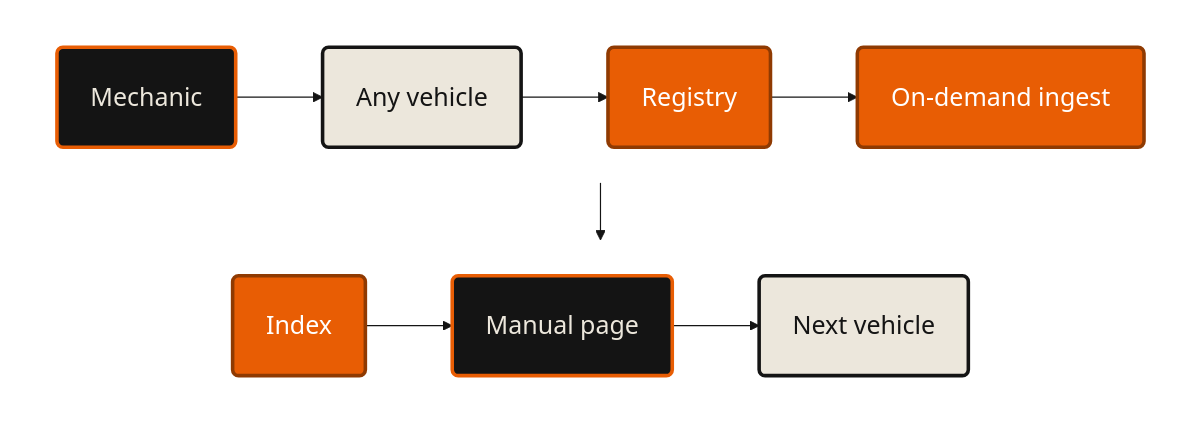
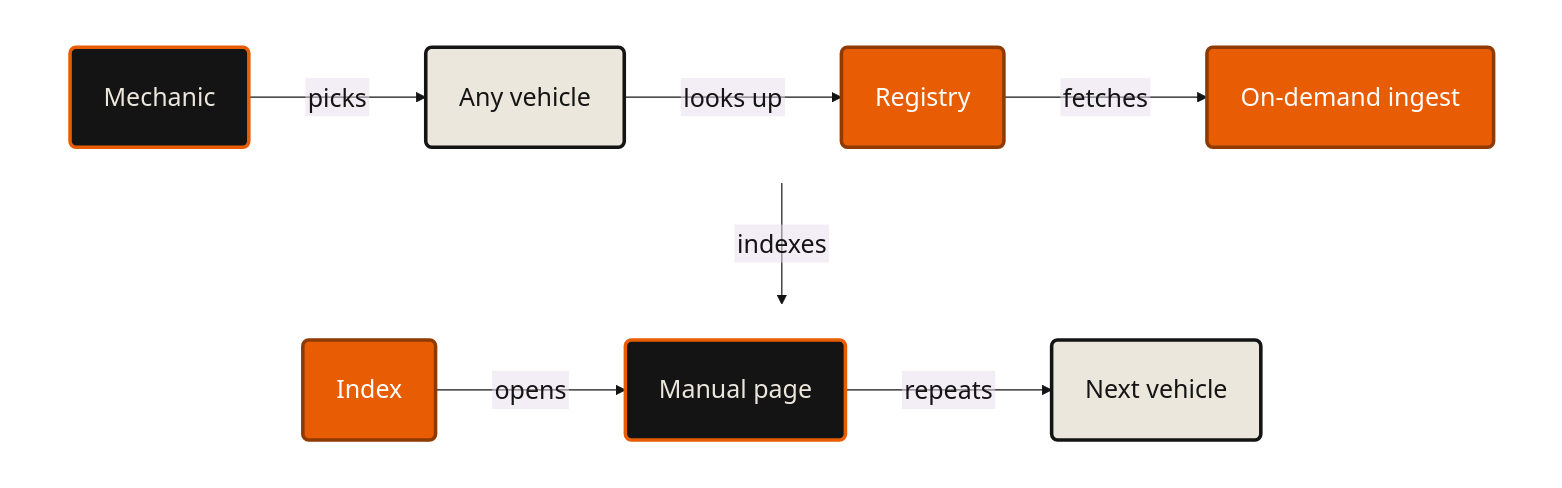
Before and after one commit to lxorb/mechanica: the diagram in docs/pitches/long-lake.md, drawn with Mermaid. The commit also changed other lines of this file and 140 other files, not shown here.

````diff
--- a/docs/pitches/long-lake.md
+++ b/docs/pitches/long-lake.md
@@ -167,20 +167,20 @@
 ```mermaid
-%%{init: {"theme":"base","htmlLabels":false,"themeVariables":{"fontSize":"21px","fontFamily":"Barlow","lineColor":"#141414","primaryColor":"#ece7dc","primaryTextColor":"#141414","primaryBorderColor":"#141414","background":"#ffffff"},"flowchart":{"curve":"linear","htmlLabels":false,"nodeSpacing":40,"rankSpacing":48,"padding":28,"useMaxWidth":false}}}%%
+%%{init: {"theme":"base","htmlLabels":false,"themeVariables":{"fontSize":"21px","fontFamily":"Barlow","lineColor":"#141414","primaryColor":"#ece7dc","primaryTextColor":"#141414","primaryBorderColor":"#141414","background":"#ffffff"},"flowchart":{"curve":"linear","htmlLabels":false,"nodeSpacing":40,"rankSpacing":70,"padding":28,"useMaxWidth":false}}}%%
 flowchart TB
   subgraph R1[" "]
     direction LR
-    MECH("Mechanic"):::ends --> ANY("Any vehicle"):::ours --> REG("Registry"):::them --> ING("On-demand ingest"):::them
+    MECH("Mechanic"):::ends -- "picks" --> ANY("Any vehicle"):::ours -- "looks up" --> REG("Registry"):::them -- "fetches" --> ING("On-demand ingest"):::them
   end
   subgraph R2[" "]
     direction LR
-    IDX("Index"):::them --> PAGE("Manual page"):::ends --> NEXT("Next vehicle"):::ours
+    IDX("Index"):::them -- "opens" --> PAGE("Manual page"):::ends -- "repeats" --> NEXT("Next vehicle"):::ours
   end
 
-  R1 --> R2
+  R1 -- "indexes" --> R2
 
   classDef ends fill:#141414,stroke:#e85d04,stroke-width:3px,color:#ece7dc
   classDef ours fill:#ece7dc,stroke:#141414,stroke-width:3px,color:#141414
   classDef them fill:#e85d04,stroke:#8f3a02,stroke-width:3px,color:#ffffff
   style R1 fill:none,stroke:none
   style R2 fill:none,stroke:none
 ```
````
